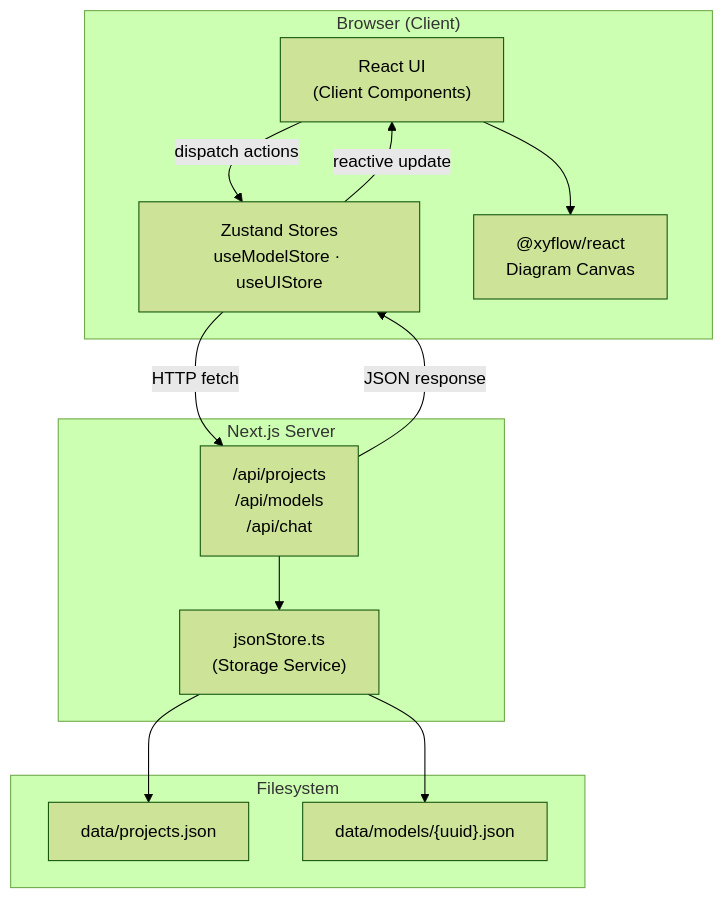
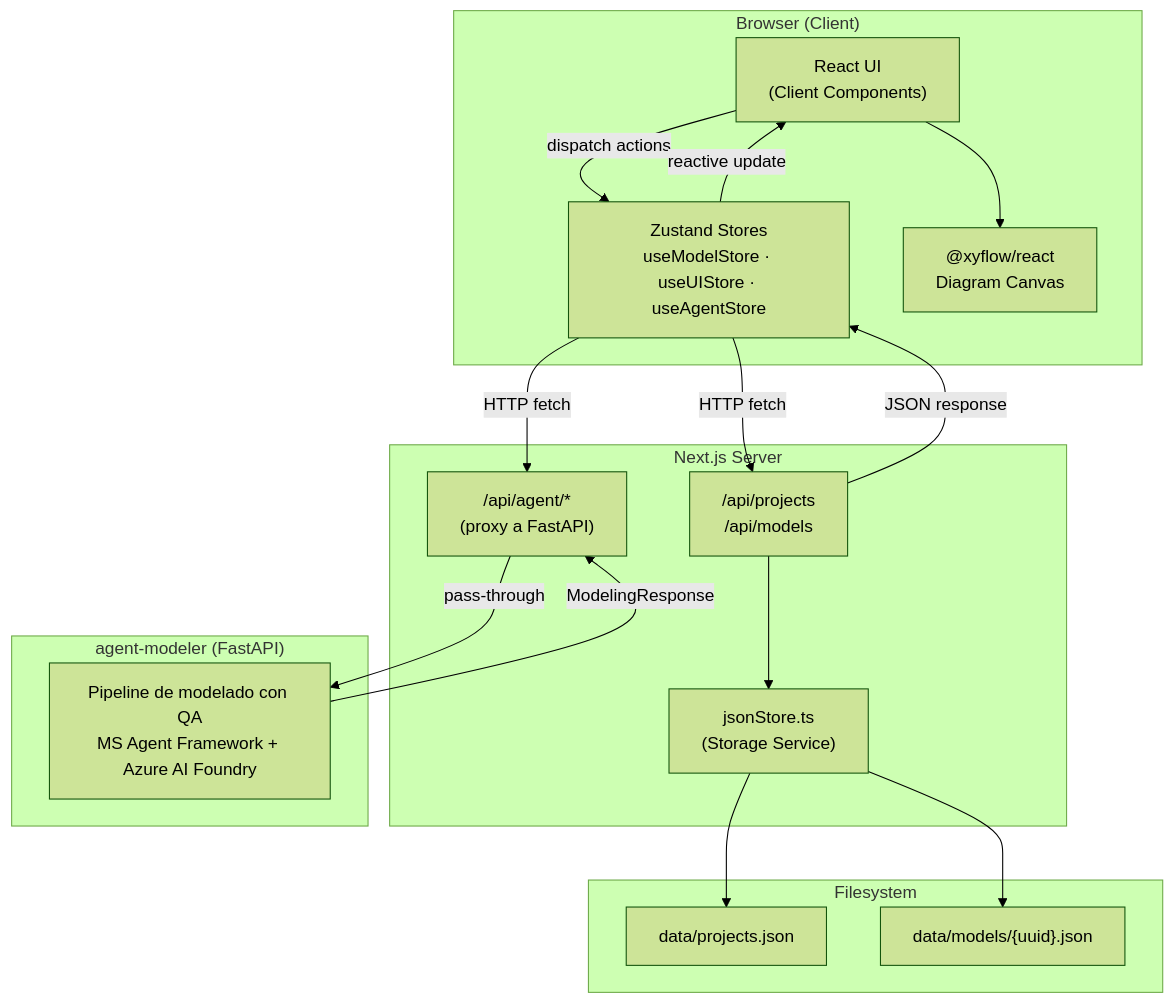
The first of 3 diagrams in doc/architecture.md (Carlosmps97/web-data-model-hub), drawn with Mermaid (forest theme) before and after one commit. The commit also changed other lines of this file and 45 other files, not shown here.

````diff
--- a/doc/architecture.md
+++ b/doc/architecture.md
@@ -9,27 +9,35 @@
 ```mermaid
 graph TB
     subgraph Browser["Browser (Client)"]
         UI["React UI\n(Client Components)"]
-        ZS["Zustand Stores\nuseModelStore · useUIStore"]
+        ZS["Zustand Stores\nuseModelStore · useUIStore · useAgentStore"]
         RF["@xyflow/react\nDiagram Canvas"]
     end
 
     subgraph Server["Next.js Server"]
-        API["/api/projects\n/api/models\n/api/chat"]
+        API["/api/projects\n/api/models"]
+        Proxy["/api/agent/*\n(proxy a FastAPI)"]
         JS["jsonStore.ts\n(Storage Service)"]
     end
 
     subgraph Storage["Filesystem"]
         PJ["data/projects.json"]
         MJ["data/models/{uuid}.json"]
     end
 
+    subgraph Agent["agent-modeler (FastAPI)"]
+        AGT["Pipeline de modelado con QA\nMS Agent Framework + Azure AI Foundry"]
+    end
+
     UI -->|"dispatch actions"| ZS
     ZS -->|"HTTP fetch"| API
+    ZS -->|"HTTP fetch"| Proxy
     UI --> RF
     API --> JS
     JS --> PJ
     JS --> MJ
     API -->|"JSON response"| ZS
+    Proxy -->|"pass-through"| AGT
+    AGT -->|"ModelingResponse"| Proxy
     ZS -->|"reactive update"| UI
 ```
````
